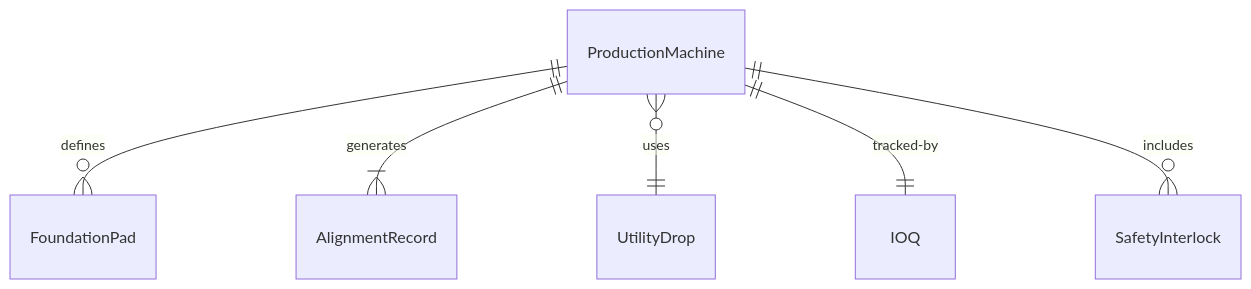
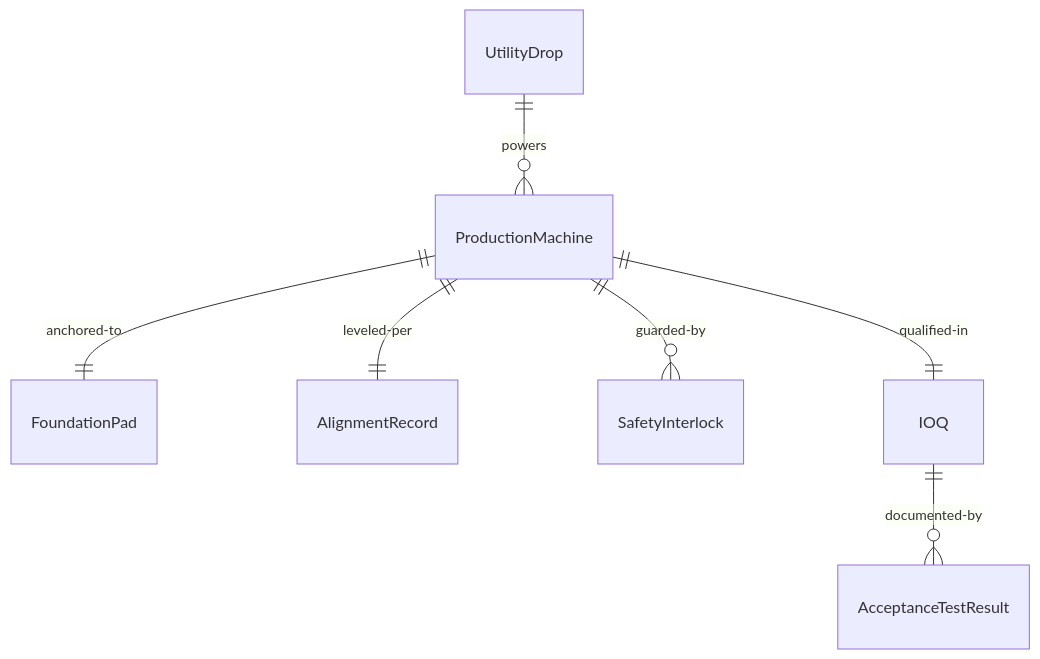
Before and after one commit to dot-org-ai/tasks.org.ai: the first of 4 diagrams in HandlingAndMovingObjects/InstallCommercialOrProductionEquipment/InstallProductionEquipmentSystems.mdx, drawn with Mermaid. The commit also changed other lines of this file and 515 other files, not shown here.

````diff
--- a/HandlingAndMovingObjects/InstallCommercialOrProductionEquipment/InstallProductionEquipmentSystems.mdx
+++ b/HandlingAndMovingObjects/InstallCommercialOrProductionEquipment/InstallProductionEquipmentSystems.mdx
@@ -89,8 +89,9 @@
 ```mermaid
 erDiagram
-    ProductionMachine ||--o{ FoundationPad : "defines"
-    ProductionMachine ||--|{ AlignmentRecord : "generates"
-    ProductionMachine }o--|| UtilityDrop : "uses"
-    ProductionMachine ||--|| IOQ : "tracked-by"
-    ProductionMachine ||--o{ SafetyInterlock : "includes"
+    ProductionMachine ||--|| FoundationPad : "anchored-to"
+    ProductionMachine ||--|| AlignmentRecord : "leveled-per"
+    UtilityDrop ||--o{ ProductionMachine : "powers"
+    ProductionMachine ||--o{ SafetyInterlock : "guarded-by"
+    ProductionMachine ||--|| IOQ : "qualified-in"
+    IOQ ||--o{ AcceptanceTestResult : "documented-by"
 ```
````
